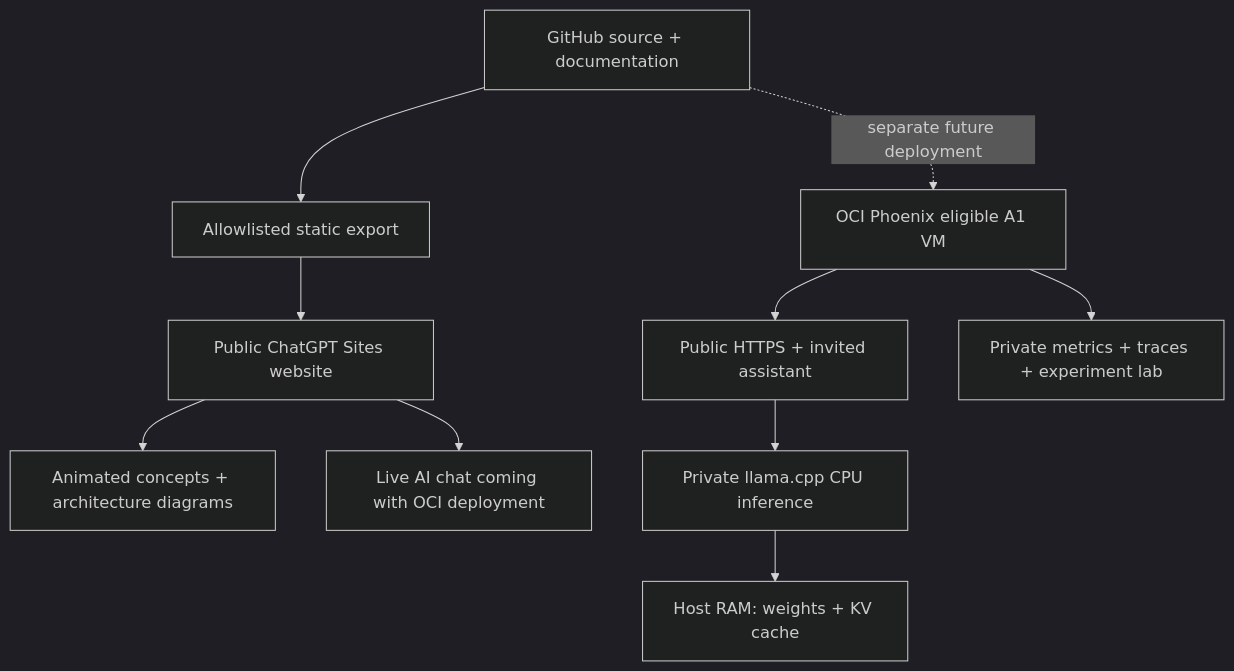
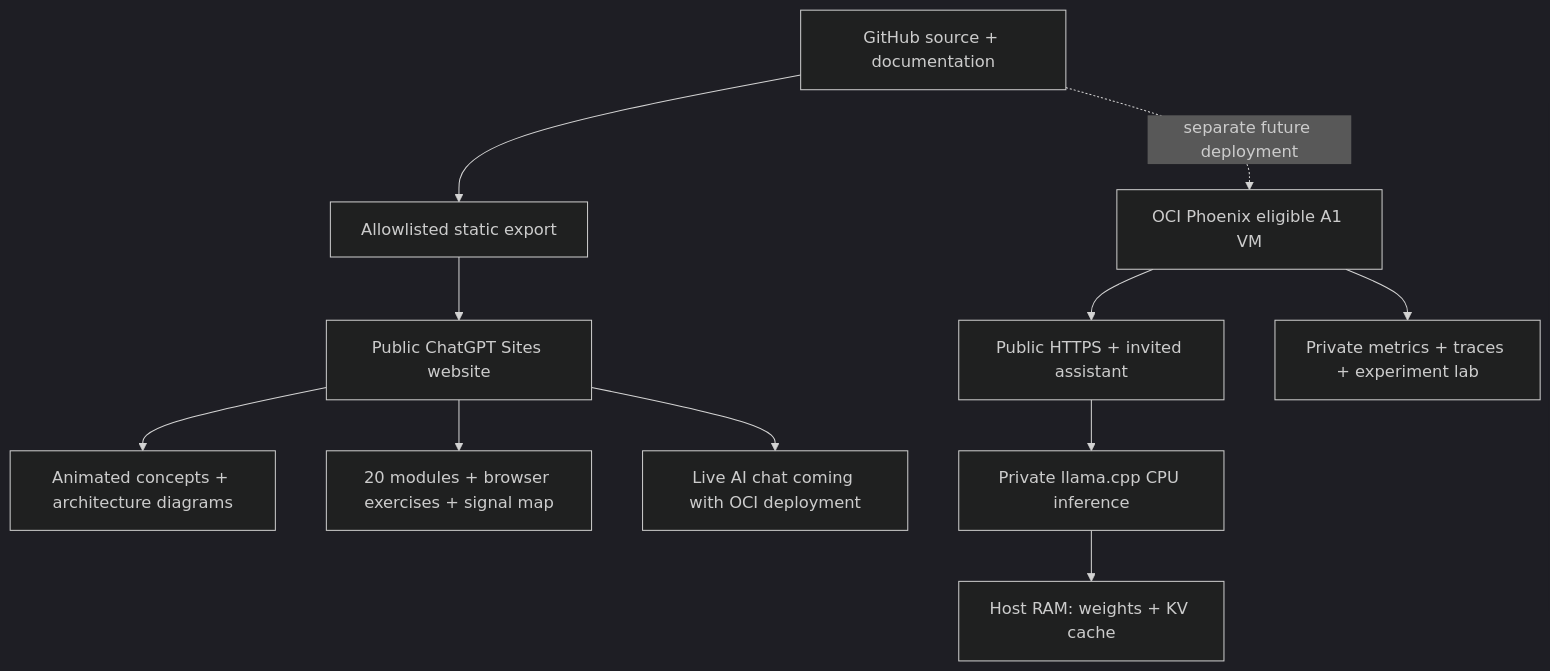
Before and after one commit to sivalinb/llm-serving-observatory: the diagram in docs/sites-publishing.md, drawn with Mermaid (dark theme). The commit also changed other lines of this file and 17 other files, not shown here.

Commit message:
Add end-to-end Serving Academy with 20 modules, exercises, observability and capstone

````diff
--- a/docs/sites-publishing.md
+++ b/docs/sites-publishing.md
@@ -19,12 +20,13 @@
 ```mermaid
 flowchart TB
   Repo[GitHub source + documentation] --> Export[Allowlisted static export]
   Export --> Sites[Public ChatGPT Sites website]
   Sites --> Tour[Animated concepts + architecture diagrams]
+  Sites --> Academy[20 modules + browser exercises + signal map]
   Sites --> Notice[Live AI chat coming with OCI deployment]
   Repo -. separate future deployment .-> OCI[OCI Phoenix eligible A1 VM]
   OCI --> Edge[Public HTTPS + invited assistant]
   Edge --> CPU[Private llama.cpp CPU inference]
   CPU --> RAM[Host RAM: weights + KV cache]
   OCI --> Ops[Private metrics + traces + experiment lab]
 ```
````
